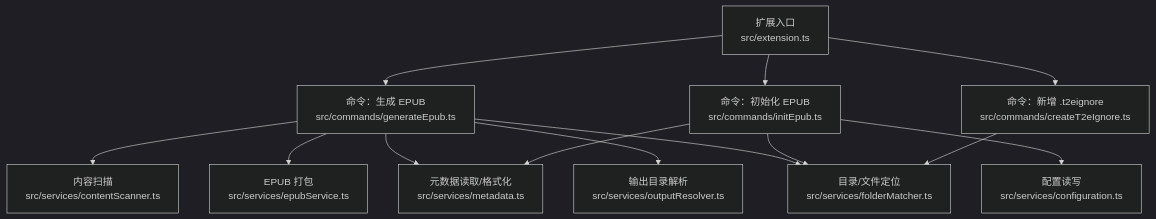
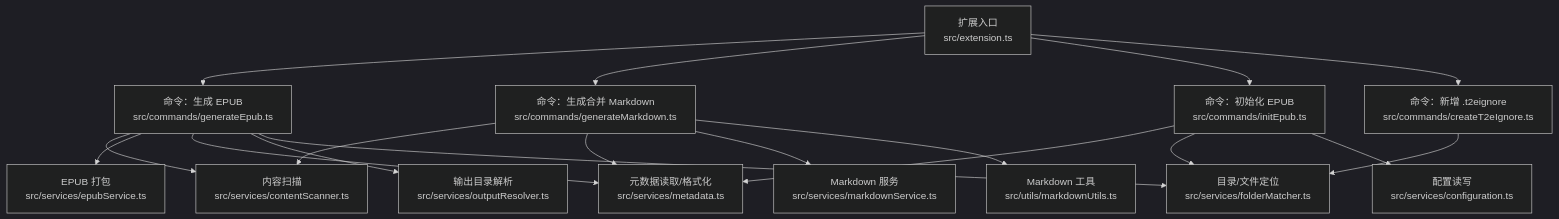
One commit to someok/vscode-folder2epub changed the first of 8 diagrams in .qoder/repowiki/zh/content/项目概述.md. Above: the diagram before and after it, drawn with Mermaid (dark theme). The commit also changed other lines of this file and 6 other files, not shown here.

````diff
--- a/.qoder/repowiki/zh/content/项目概述.md
+++ b/.qoder/repowiki/zh/content/项目概述.md
@@ -66,15 +83,20 @@
 ```mermaid
 graph TB
 A["扩展入口<br/>src/extension.ts"] --> B["命令：生成 EPUB<br/>src/commands/generateEpub.ts"]
-A --> C["命令：初始化 EPUB<br/>src/commands/initEpub.ts"]
-A --> D["命令：新增 .t2eignore<br/>src/commands/createT2eIgnore.ts"]
+A --> C["命令：生成合并 Markdown<br/>src/commands/generateMarkdown.ts"]
+A --> D["命令：初始化 EPUB<br/>src/commands/initEpub.ts"]
+A --> E["命令：新增 .t2eignore<br/>src/commands/createT2eIgnore.ts"]
 B --> S1["内容扫描<br/>src/services/contentScanner.ts"]
 B --> S2["EPUB 打包<br/>src/services/epubService.ts"]
 B --> S3["元数据读取/格式化<br/>src/services/metadata.ts"]
 B --> S4["输出目录解析<br/>src/services/outputResolver.ts"]
 B --> S5["目录/文件定位<br/>src/services/folderMatcher.ts"]
+C --> S1
 C --> S3
-C --> S5
-C --> S6["配置读写<br/>src/services/configuration.ts"]
+C --> S6["Markdown 服务<br/>src/services/markdownService.ts"]
+C --> S7["Markdown 工具<br/>src/utils/markdownUtils.ts"]
+D --> S3
 D --> S5
+D --> S8["配置读写<br/>src/services/configuration.ts"]
+E --> S5
 ```
````
